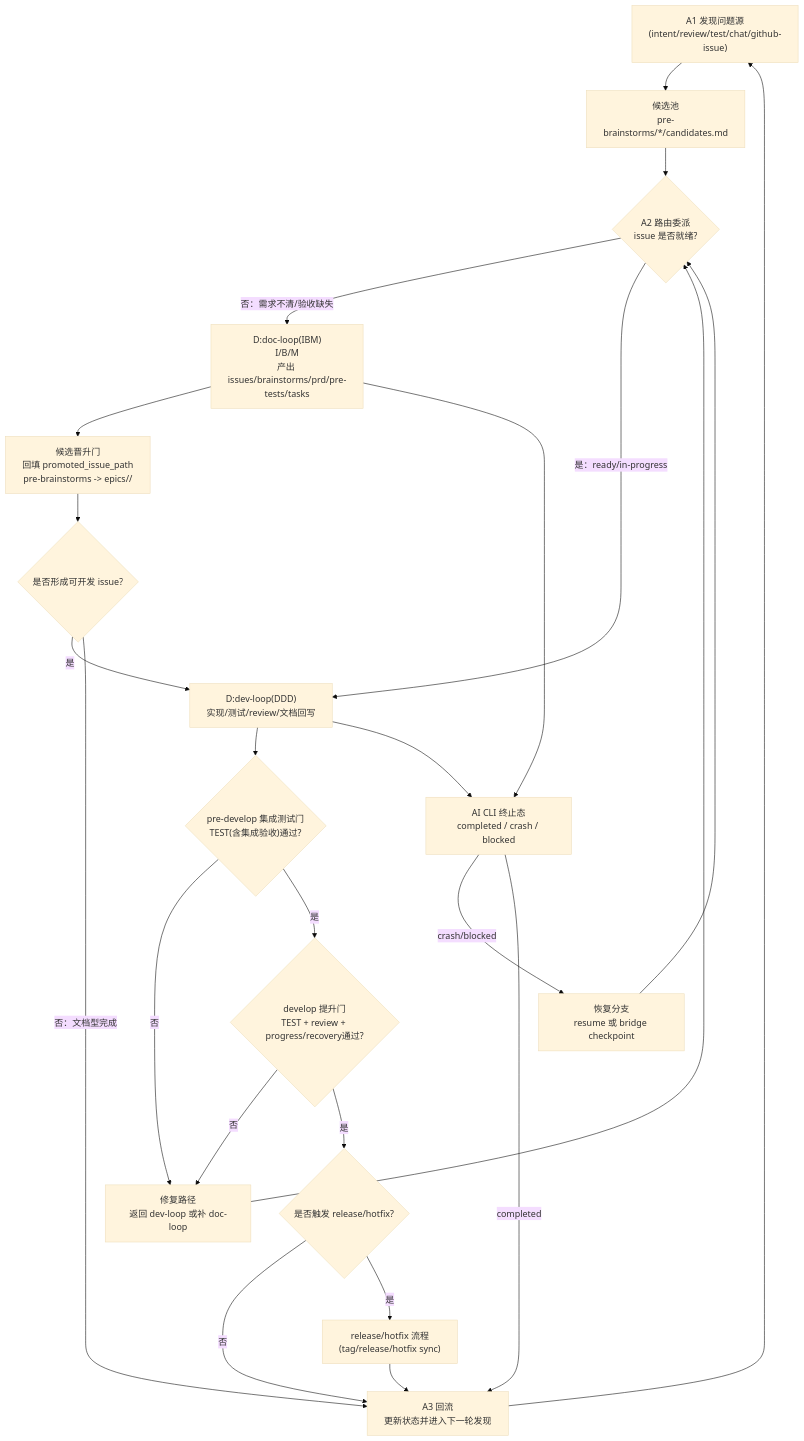
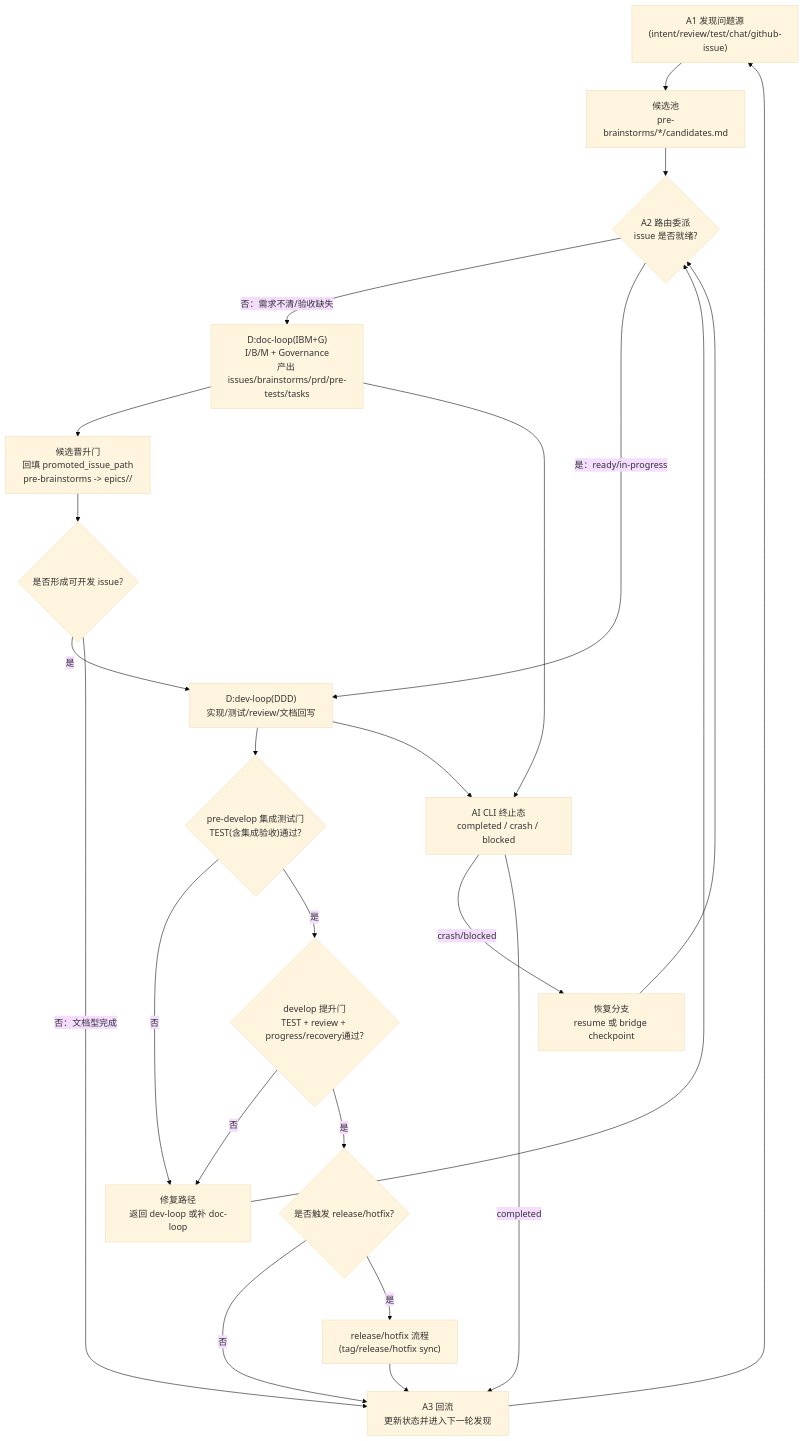
Before and after one commit to chatterzhao/freely: the diagram in docs/PROJECT_INTENT.md, drawn with Mermaid (base theme). The commit also changed other lines of this file and 22 other files, not shown here.

Commit message:
docs: converge pre-brainstorms and align doc-loop governance

````diff
--- a/docs/PROJECT_INTENT.md
+++ b/docs/PROJECT_INTENT.md
@@ -59,43 +60,43 @@
 ```mermaid
 flowchart TD
     S1["A1 发现问题源\n(intent/review/test/chat/github-issue)"]
     S2["候选池\npre-brainstorms/*/candidates.md"]
     S3{"A2 路由委派\nissue 是否就绪?"}
 
-    D1["D:doc-loop(IBM)\nI/B/M\n产出 issues/brainstorms/prd/pre-tests/tasks"]
+    D1["D:doc-loop(IBM+G)\nI/B/M + Governance\n产出 issues/brainstorms/prd/pre-tests/tasks"]
     V1["候选晋升门\n回填 promoted_issue_path\npre-brainstorms -> epics/<epic>/<story>"]
     J1{"是否形成可开发 issue?"}
 
     D2["D:dev-loop(DDD)\n实现/测试/review/文档回写"]
     G1{"pre-develop 集成测试门\nTEST(含集成验收)通过?"}
     G2{"develop 提升门\nTEST + review + progress/recovery通过?"}
     F1["修复路径\n返回 dev-loop 或补 doc-loop"]
     R0{"是否触发 release/hotfix?"}
     R1["release/hotfix 流程\n(tag/release/hotfix sync)"]
 
     A3["A3 回流\n更新状态并进入下一轮发现"]
     X1["AI CLI 终止态\ncompleted / crash / blocked"]
     RC["恢复分支\nresume 或 bridge checkpoint"]
 
     S1 --> S2 --> S3
     S3 -->|"否：需求不清/验收缺失"| D1
     S3 -->|"是：ready/in-progress"| D2
     D1 --> V1 --> J1
     J1 -->|"是"| D2
     J1 -->|"否：文档型完成"| A3
 
     D2 --> G1
     G1 -->|"否"| F1
     G1 -->|"是"| G2
     G2 -->|"否"| F1
     G2 -->|"是"| R0
     F1 --> S3
     R0 -->|"否"| A3
     R0 -->|"是"| R1 --> A3
     A3 --> S1
 
     D1 --> X1
     D2 --> X1
     X1 -->|"crash/blocked"| RC --> S3
     X1 -->|"completed"| A3
 ```
````
